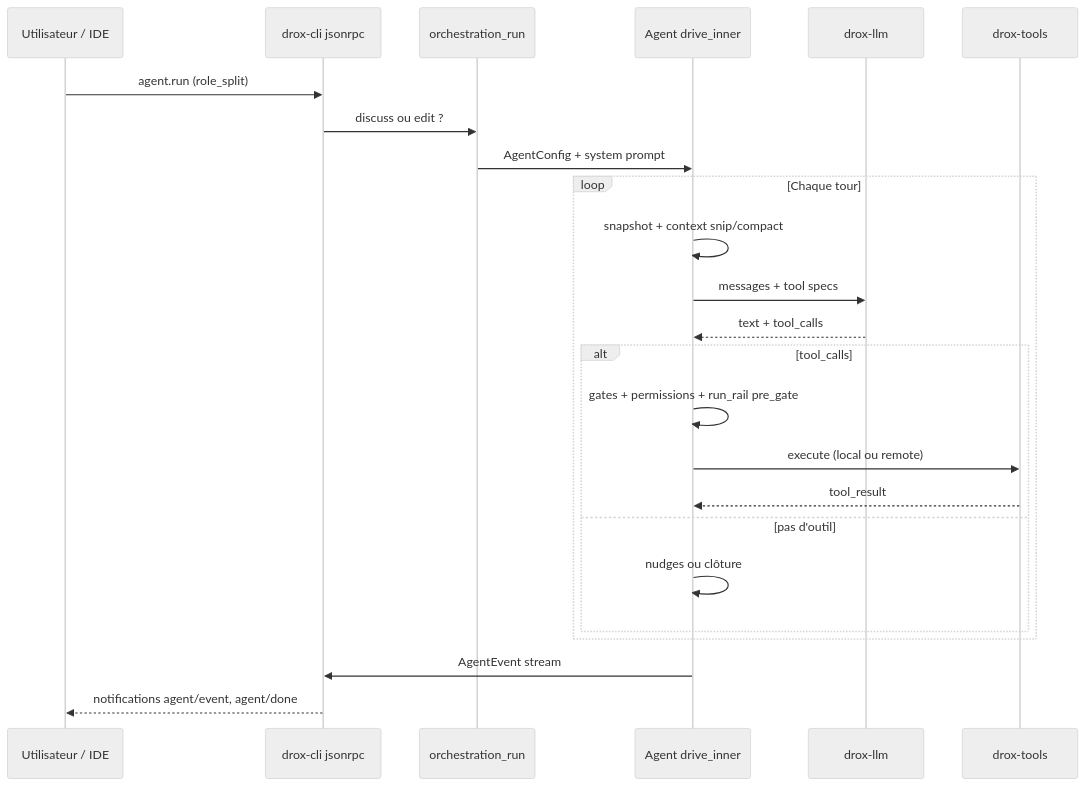
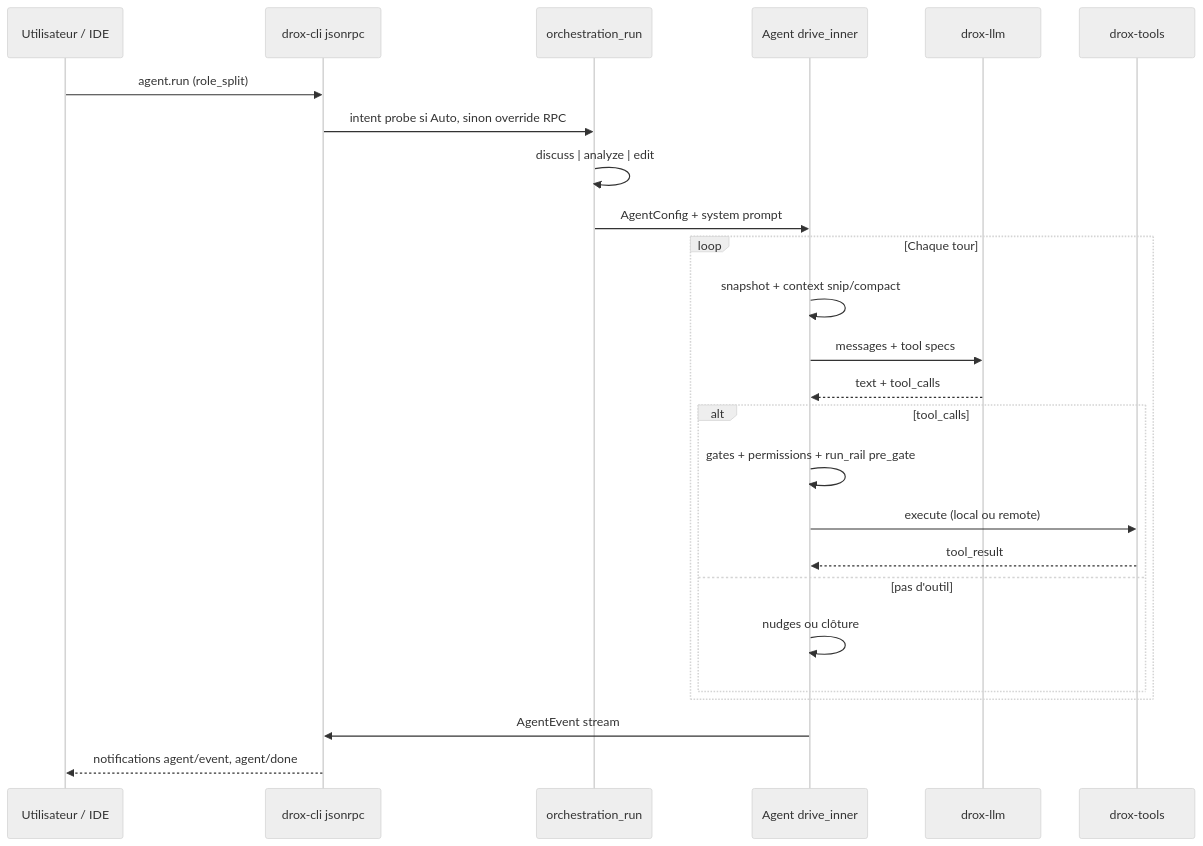
The diagram in drox-engine/docs/1.4/moteur/CARTE-GLOBALE.md (DroxKiwi/Drox---IDE), drawn with Mermaid (neutral theme) before and after one commit. The commit also changed other lines of this file and 1 other file, not shown here.

Commit message:
Docs moteur: rail agent/rail/, intent probe et tool folders (1.4.1).

````diff
--- a/drox-engine/docs/1.4/moteur/CARTE-GLOBALE.md
+++ b/drox-engine/docs/1.4/moteur/CARTE-GLOBALE.md
@@ -9,27 +9,28 @@
 ```mermaid
 sequenceDiagram
     participant U as Utilisateur / IDE
     participant RPC as drox-cli jsonrpc
     participant OR as orchestration_run
     participant A as Agent drive_inner
     participant LLM as drox-llm
     participant T as drox-tools
 
     U->>RPC: agent.run (role_split)
-    RPC->>OR: discuss ou edit ?
+    RPC->>OR: intent probe si Auto, sinon override RPC
+    OR->>OR: discuss | analyze | edit
     OR->>A: AgentConfig + system prompt
     loop Chaque tour
         A->>A: snapshot + context snip/compact
         A->>LLM: messages + tool specs
         LLM-->>A: text + tool_calls
         alt tool_calls
             A->>A: gates + permissions + run_rail pre_gate
             A->>T: execute (local ou remote)
             T-->>A: tool_result
         else pas d'outil
             A->>A: nudges ou clôture
         end
     end
     A->>RPC: AgentEvent stream
     RPC-->>U: notifications agent/event, agent/done
 ```
````
